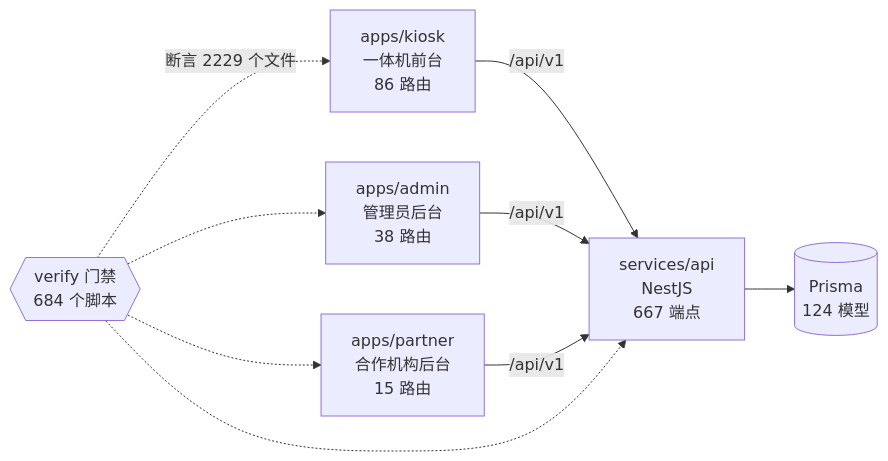
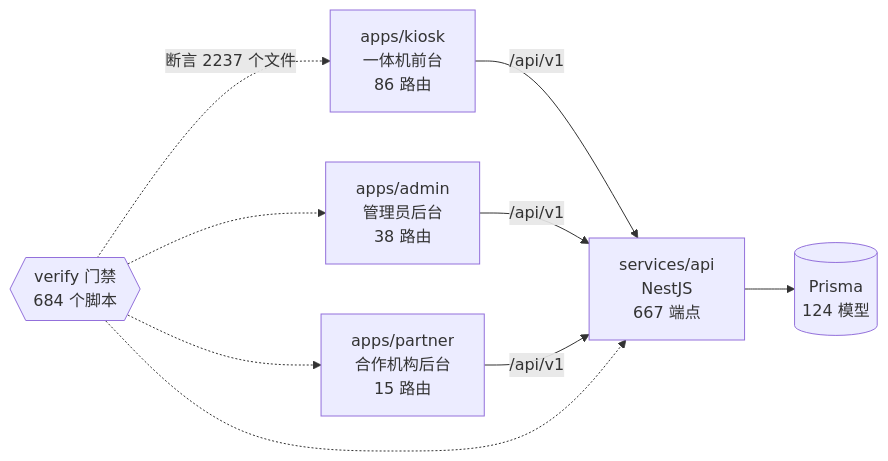
The diagram in docs/graph/README.md (wanglei581/YITIJI), drawn with Mermaid before and after one commit. The commit also changed other lines of this file and 4 other files, not shown here.

Commit message:
收费第 2 期 b 返工：更新第八轮后的项目图谱

````diff
--- a/docs/graph/README.md
+++ b/docs/graph/README.md
@@ -68,18 +68,18 @@
 ```mermaid
 flowchart LR
   kiosk["apps/kiosk<br/>一体机前台<br/>86 路由"]
   admin["apps/admin<br/>管理员后台<br/>38 路由"]
   partner["apps/partner<br/>合作机构后台<br/>15 路由"]
   api["services/api<br/>NestJS<br/>667 端点"]
   db[("Prisma<br/>124 模型")]
   gates{{"verify 门禁<br/>684 个脚本"}}
 
   kiosk -->|"/api/v1"| api
   admin -->|"/api/v1"| api
   partner -->|"/api/v1"| api
   api --> db
-  gates -.->|"断言 2229 个文件"| kiosk
+  gates -.->|"断言 2237 个文件"| kiosk
   gates -.-> admin
   gates -.-> partner
   gates -.-> api
 ```
````
